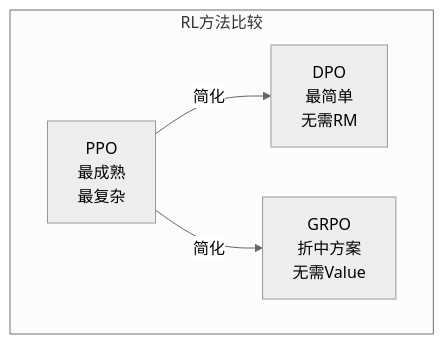
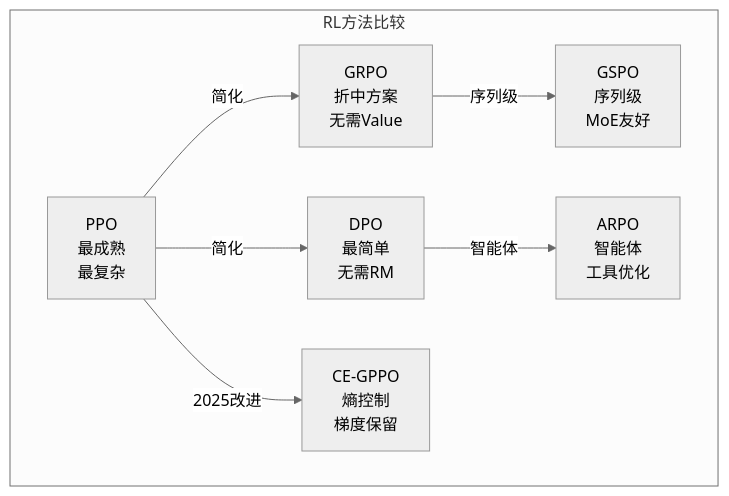
One commit to Xunzhuo/mini-sglang changed diagram 13 of 15 in learning/website/docs/basics/11.5-rl-strategies.md. Above: the diagram before and after it, drawn with Mermaid (neutral theme). The commit also changed other lines of this file and 7 other files, not shown here.

````diff
--- a/learning/website/docs/basics/11.5-rl-strategies.md
+++ b/learning/website/docs/basics/11.5-rl-strategies.md
@@ -243,11 +336,17 @@
 ```mermaid
 graph TB
     subgraph RL方法比较
         PPO[PPO<br/>最成熟<br/>最复杂]
         DPO[DPO<br/>最简单<br/>无需RM]
         GRPO[GRPO<br/>折中方案<br/>无需Value]
+        CE[CE-GPPO<br/>熵控制<br/>梯度保留]
+        GSPO[GSPO<br/>序列级<br/>MoE友好]
+        ARPO[ARPO<br/>智能体<br/>工具优化]
     end
     
     PPO --> |简化| DPO
     PPO --> |简化| GRPO
+    PPO --> |2025改进| CE
+    GRPO --> |序列级| GSPO
+    DPO --> |智能体| ARPO
 ```
````
